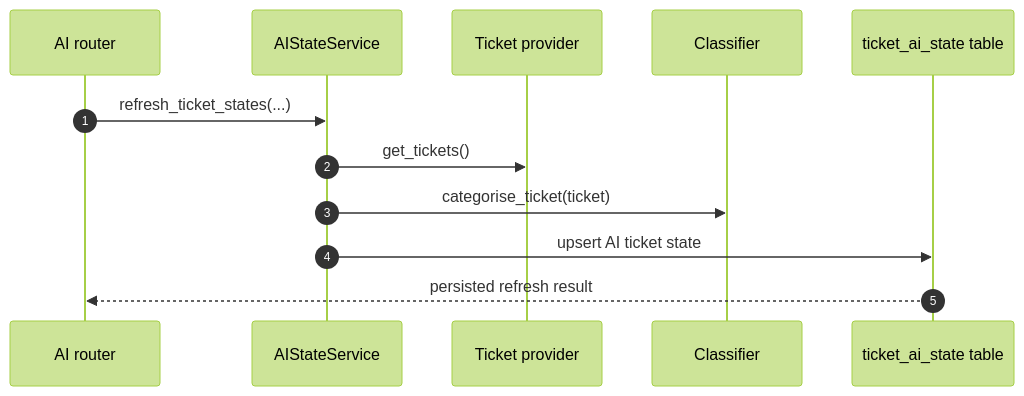
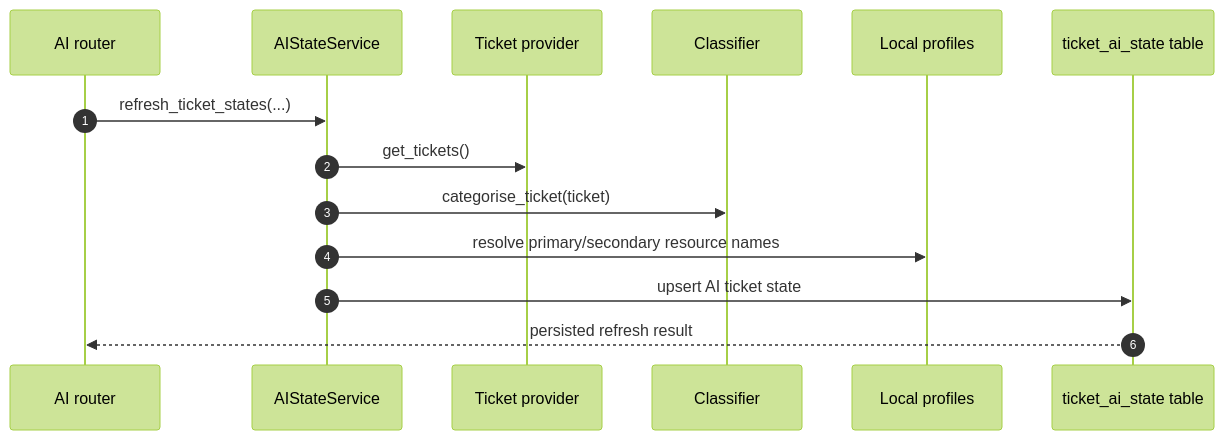
One commit to Plymouth-University/comp2003-2025-2026-team-3 changed the second of 7 diagrams in docs/services/ai-service/flows.md. Above: the diagram before and after it, drawn with Mermaid (forest theme). The commit also changed other lines of this file and 11 other files, not shown here.

````diff
--- a/docs/services/ai-service/flows.md
+++ b/docs/services/ai-service/flows.md
@@ -56,15 +61,17 @@
 ```mermaid
 sequenceDiagram
   autonumber
   participant API as AI router
   participant Service as AIStateService
   participant Provider as Ticket provider
   participant AI as Classifier
+  participant Profiles as Local profiles
   participant DB as ticket_ai_state table
 
   API->>Service: refresh_ticket_states(...)
   Service->>Provider: get_tickets()
   Service->>AI: categorise_ticket(ticket)
+  Service->>Profiles: resolve primary/secondary resource names
   Service->>DB: upsert AI ticket state
   DB-->>API: persisted refresh result
 ```
````
